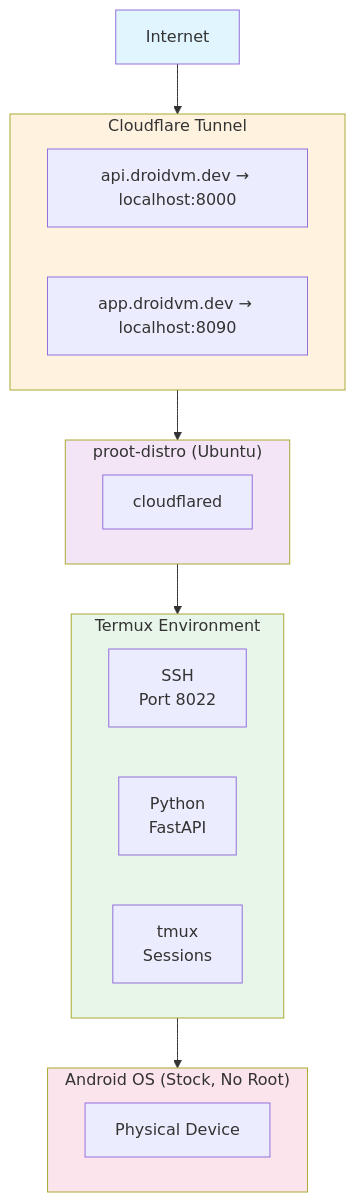
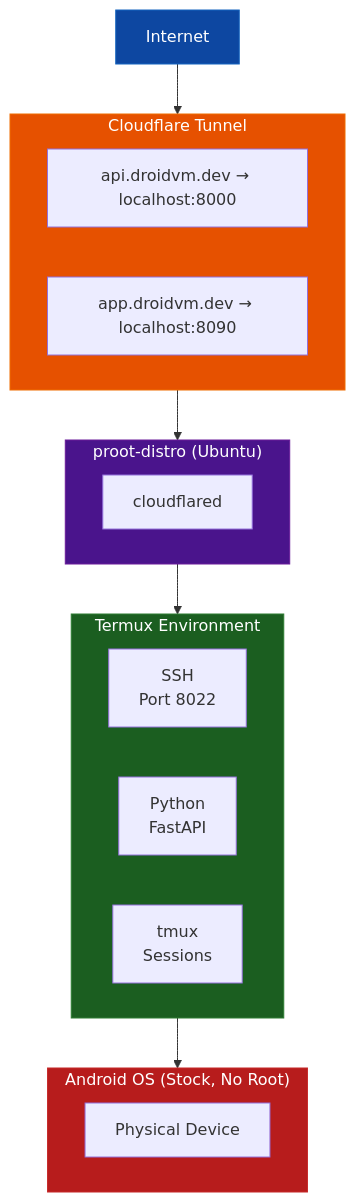
The diagram in README.md (myselfshravan/droidvm), drawn with Mermaid before and after one commit.

Commit message:
Fix Mermaid diagram colors for dark mode visibility
- Use darker fill colors with white text
- Add proper stroke colors for contrast
- Ensure readability in both light and dark GitHub themes

````diff
--- a/README.md
+++ b/README.md
@@ -102,34 +102,34 @@
 ```mermaid
 graph TD
     Internet[Internet]
 
     subgraph Cloudflare["Cloudflare Tunnel"]
         CF_API["api.droidvm.dev → localhost:8000"]
         CF_APP["app.droidvm.dev → localhost:8090"]
     end
 
     subgraph Proot["proot-distro (Ubuntu)"]
         Cloudflared["cloudflared"]
     end
 
     subgraph Termux["Termux Environment"]
         SSH["SSH<br/>Port 8022"]
         Python["Python<br/>FastAPI"]
         Tmux["tmux<br/>Sessions"]
     end
 
     subgraph Android["Android OS (Stock, No Root)"]
         Phone["Physical Device"]
     end
 
     Internet --> Cloudflare
     Cloudflare --> Proot
     Proot --> Termux
     Termux --> Android
 
-    style Internet fill:#e1f5fe
-    style Cloudflare fill:#fff3e0
-    style Proot fill:#f3e5f5
-    style Termux fill:#e8f5e9
-    style Android fill:#fce4ec
+    style Internet fill:#0d47a1,stroke:#1565c0,color:#ffffff
+    style Cloudflare fill:#e65100,stroke:#ef6c00,color:#ffffff
+    style Proot fill:#4a148c,stroke:#6a1b9a,color:#ffffff
+    style Termux fill:#1b5e20,stroke:#2e7d32,color:#ffffff
+    style Android fill:#b71c1c,stroke:#c62828,color:#ffffff
 ```
````
